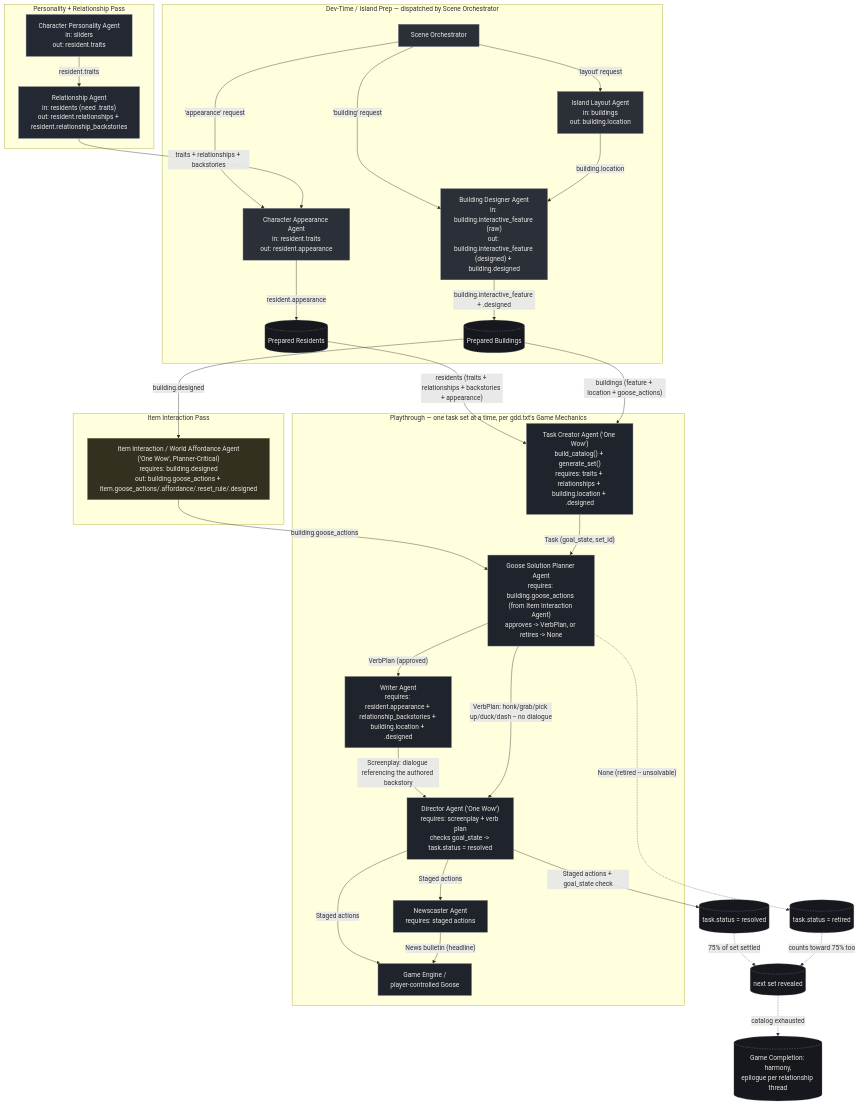
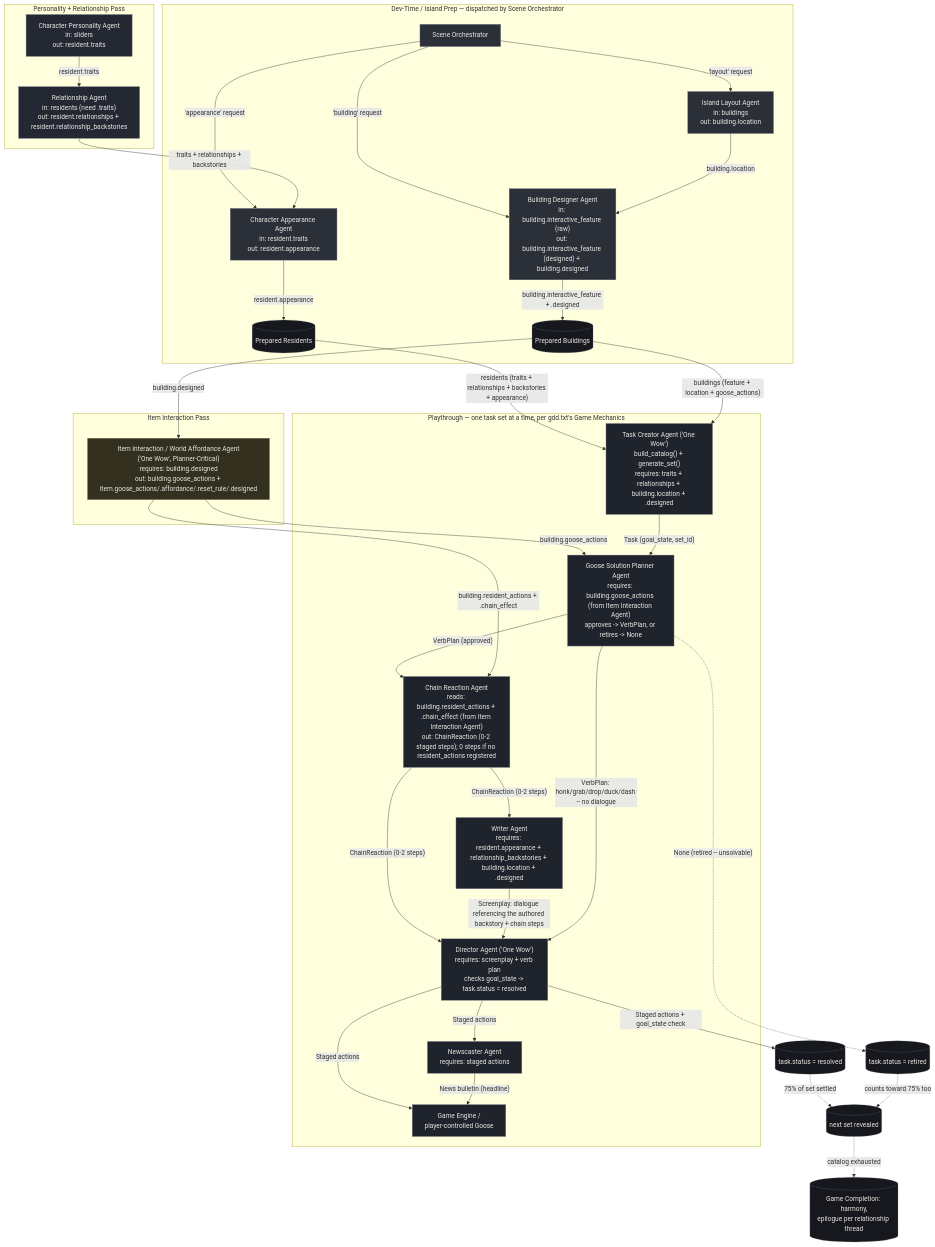
The diagram in GachoBadi/DIAGRAM.md (BeverlyAb/Multi-Agent-Game-Development), drawn with Mermaid before and after one commit. The commit also changed other lines of this file and 35 other files, not shown here.

Commit message:
added chain reaction

````diff
--- a/GachoBadi/DIAGRAM.md
+++ b/GachoBadi/DIAGRAM.md
@@ -21,69 +30,73 @@
 ```mermaid
 flowchart TB
     subgraph FOUNDATION["Personality + Relationship Pass"]
         CPA["Character Personality Agent<br/>in: sliders<br/>out: resident.traits"]
         RA["Relationship Agent<br/>in: residents (need .traits)<br/>out: resident.relationships + resident.relationship_backstories"]
         CPA -->|"resident.traits"| RA
     end
 
     subgraph PREP["Dev-Time / Island Prep — dispatched by Scene Orchestrator"]
         SO["Scene Orchestrator"]
         CAA["Character Appearance Agent<br/>in: resident.traits<br/>out: resident.appearance"]
         ILA["Island Layout Agent<br/>in: buildings<br/>out: building.location"]
         BDA["Building Designer Agent<br/>in: building.interactive_feature (raw)<br/>out: building.interactive_feature (designed) + building.designed"]
 
         SO -->|"'appearance' request"| CAA
         SO -->|"'building' request"| BDA
         SO -->|"'layout' request"| ILA
 
         ILA -->|"building.location"| BDA
         CAA -->|"resident.appearance"| RESIDENTS[("Prepared Residents")]
         BDA -->|"building.interactive_feature + .designed"| BUILDINGS[("Prepared Buildings")]
     end
 
     RA -->|"traits + relationships + backstories"| CAA
 
     subgraph ITEMPASS["Item Interaction Pass"]
         IIA["Item Interaction / World Affordance Agent<br/>('One Wow', Planner-Critical)<br/>requires: building.designed<br/>out: building.goose_actions + item.goose_actions/.affordance/.reset_rule/.designed"]
     end
 
     BUILDINGS -->|"building.designed"| IIA
 
     subgraph TICK["Playthrough — one task set at a time, per gdd.txt's Game Mechanics"]
         TCA["Task Creator Agent ('One Wow')<br/>build_catalog() + generate_set()<br/>requires: traits + relationships + building.location + .designed"]
         GSPA["Goose Solution Planner Agent<br/>requires: building.goose_actions (from Item Interaction Agent)<br/>approves -> VerbPlan, or retires -> None"]
+        CRA["Chain Reaction Agent<br/>reads: building.resident_actions + .chain_effect (from Item Interaction Agent)<br/>out: ChainReaction (0-2 staged steps); 0 steps if no resident_actions registered"]
         WA["Writer Agent<br/>requires: resident.appearance + relationship_backstories + building.location + .designed"]
         DA["Director Agent ('One Wow')<br/>requires: screenplay + verb plan<br/>checks goal_state -> task.status = resolved"]
         NA["Newscaster Agent<br/>requires: staged actions"]
         GAME["Game Engine /<br/>player-controlled Goose"]
     end
 
     RESIDENTS -->|"residents (traits + relationships + backstories + appearance)"| TCA
     BUILDINGS -->|"buildings (feature + location + goose_actions)"| TCA
     IIA -->|"building.goose_actions"| GSPA
 
     TCA -->|"Task (goal_state, set_id)"| GSPA
-    GSPA -->|"VerbPlan (approved)"| WA
+    GSPA -->|"VerbPlan (approved)"| CRA
     GSPA -.->|"None (retired -- unsolvable)"| RETIRED[("task.status = retired")]
-    WA -->|"Screenplay: dialogue referencing the authored backstory"| DA
-    GSPA -->|"VerbPlan: honk/grab/pick up/duck/dash -- no dialogue"| DA
+    IIA -->|"building.resident_actions + .chain_effect"| CRA
+    CRA -->|"ChainReaction (0-2 steps)"| WA
+    CRA -->|"ChainReaction (0-2 steps)"| DA
+    WA -->|"Screenplay: dialogue referencing the authored backstory + chain steps"| DA
+    GSPA -->|"VerbPlan: honk/grab/drop/duck/dash -- no dialogue"| DA
     DA -->|"Staged actions + goal_state check"| RESOLVED[("task.status = resolved")]
     DA -->|"Staged actions"| NA
     DA -->|"Staged actions"| GAME
     NA -->|"News bulletin (headline)"| GAME
 
     RESOLVED -.->|"75% of set settled"| NEXTSET[("next set revealed")]
     RETIRED -.->|"counts toward 75% too"| NEXTSET
     NEXTSET -.->|"catalog exhausted"| COMPLETION[("Game Completion: harmony,<br/>epilogue per relationship thread")]
 
     classDef found fill:#242833,stroke:#6b7280,color:#e8e6e1;
     classDef prep fill:#2b2f38,stroke:#5a6270,color:#e8e6e1;
     classDef item fill:#33301f,stroke:#8a8368,color:#e8e6e1;
     classDef tick fill:#1f232b,stroke:#8a8f98,color:#e8e6e1;
     classDef data fill:#16181d,stroke:#8a8f98,color:#e8e6e1,stroke-dasharray: 3 3;
     class CPA,RA found;
     class SO,CAA,ILA,BDA prep;
     class IIA item;
-    class TCA,GSPA,WA,DA,NA,GAME tick;
+    class TCA,GSPA,CRA,WA,DA,NA,GAME tick;
     class RESIDENTS,BUILDINGS,RETIRED,RESOLVED,NEXTSET,COMPLETION data;
 ```
````
